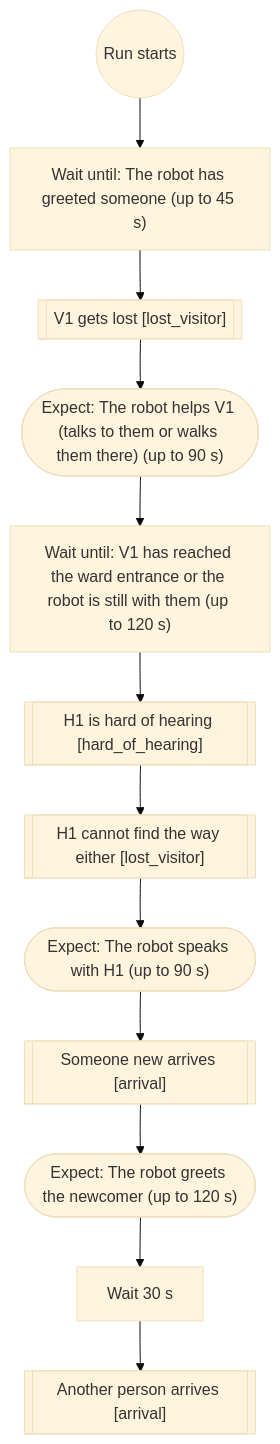
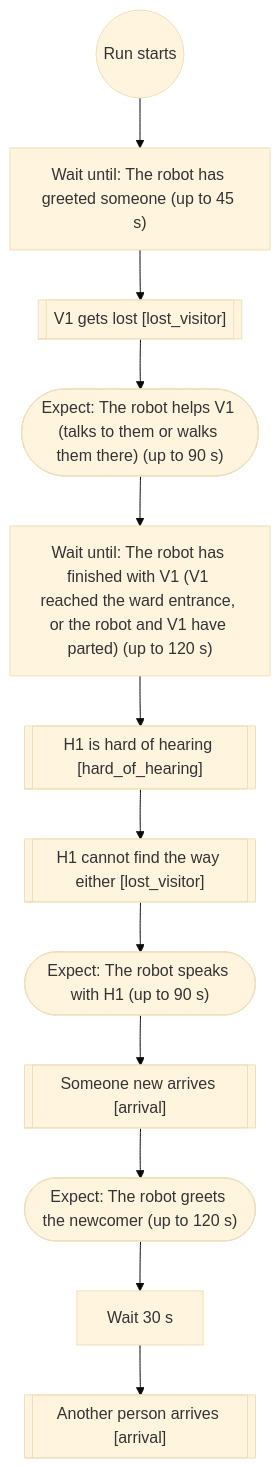
Before and after one commit to Bkrakshith/hospital-sim-agents: the fifth of 9 diagrams in docs/scenario-flows.md, drawn with Mermaid (base theme). The commit also changed other lines of this file and 4 other files, not shown here.

First line of the commit message:
A&E check-in counts a note sent with the greeting; reception waits until the robot has finished with V1

````diff
--- a/docs/scenario-flows.md
+++ b/docs/scenario-flows.md
@@ -159,26 +159,26 @@
 ```mermaid
 flowchart TD
   n1(("Run starts"))
   n2["Wait until: The robot has greeted someone (up to 45 s)"]
   n1 --> n2
   n3[["V1 gets lost [lost_visitor]"]]
   n2 --> n3
   n4(["Expect: The robot helps V1 (talks to them or walks them there) (up to 90 s)"])
   n3 --> n4
-  n5["Wait until: V1 has reached the ward entrance or the robot is still with them (up to 120 s)"]
+  n5["Wait until: The robot has finished with V1 (V1 reached the ward entrance, or the robot and V1 have parted) (up to 120 s)"]
   n4 --> n5
   n6[["H1 is hard of hearing [hard_of_hearing]"]]
   n5 --> n6
   n7[["H1 cannot find the way either [lost_visitor]"]]
   n6 --> n7
   n8(["Expect: The robot speaks with H1 (up to 90 s)"])
   n7 --> n8
   n9[["Someone new arrives [arrival]"]]
   n8 --> n9
   n10(["Expect: The robot greets the newcomer (up to 120 s)"])
   n9 --> n10
   n11["Wait 30 s"]
   n10 --> n11
   n12[["Another person arrives [arrival]"]]
   n11 --> n12
 ```
````
